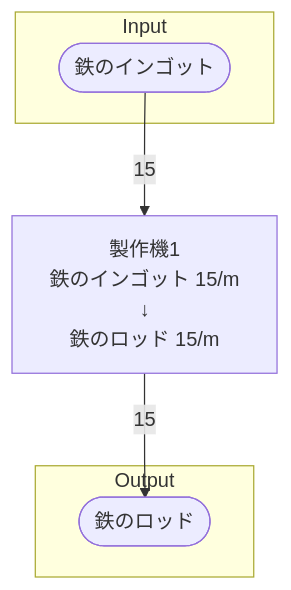
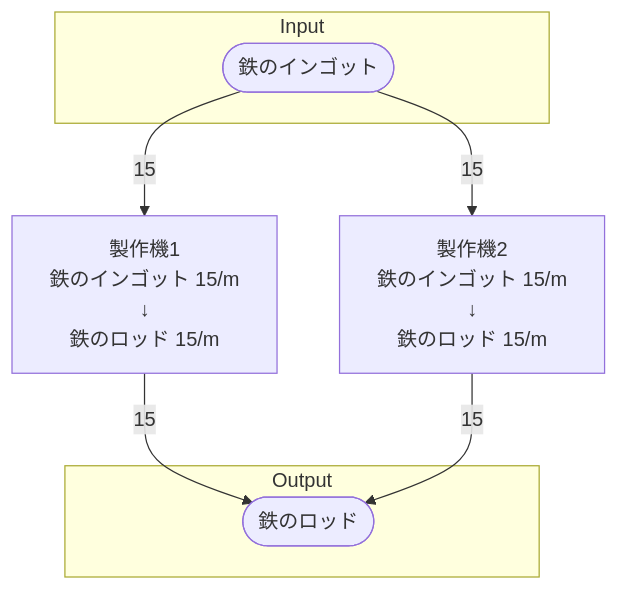
Before and after one commit to Suzuran-Amano/SatisfactoryTaskEfficiency: the diagram in 40_FactoryBuilding/初期一時鉄のロッド工場/40_個別製造ライン設計書/個別製造ライン設計書_鉄のロッド製造ライン.md, drawn with Mermaid. The commit also changed other lines of this file and 6 other files, not shown here.

````diff
--- a/40_FactoryBuilding/初期一時鉄のロッド工場/40_個別製造ライン設計書/個別製造ライン設計書_鉄のロッド製造ライン.md
+++ b/40_FactoryBuilding/初期一時鉄のロッド工場/40_個別製造ライン設計書/個別製造ライン設計書_鉄のロッド製造ライン.md
@@ -18,24 +18,33 @@
 ```mermaid
 flowchart TD
 
 subgraph Input
     鉄のインゴット([鉄のインゴット])
 end
 
 製作機1[
     製作機1
     鉄のインゴット 15/m
     ↓
     鉄のロッド 15/m
 ]
 
+製作機2[
+    製作機2
+    鉄のインゴット 15/m
+    ↓
+    鉄のロッド 15/m
+]
+
 subgraph Output
     鉄のロッド([鉄のロッド])
 end
 
 
 鉄のインゴット-->|15|製作機1
 製作機1-->|15|鉄のロッド
 
+鉄のインゴット-->|15|製作機2
+製作機2-->|15|鉄のロッド
 
 ```
````
